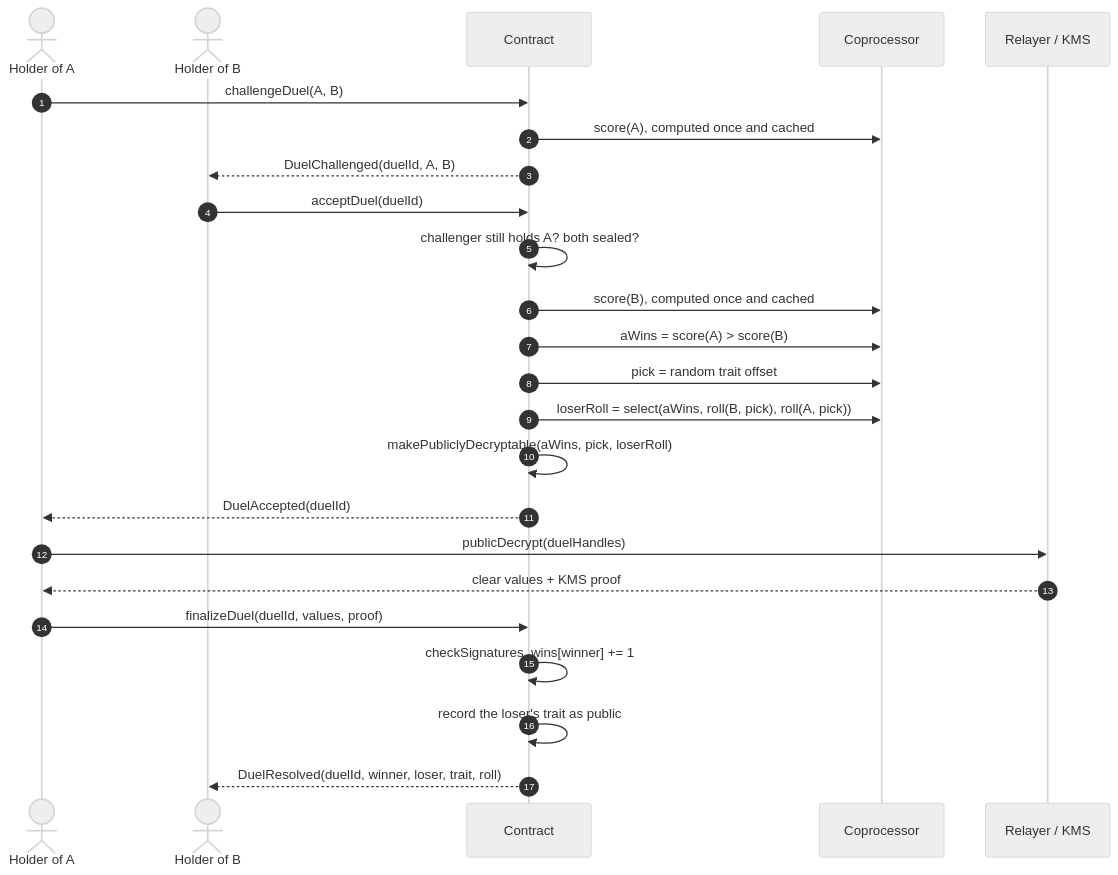
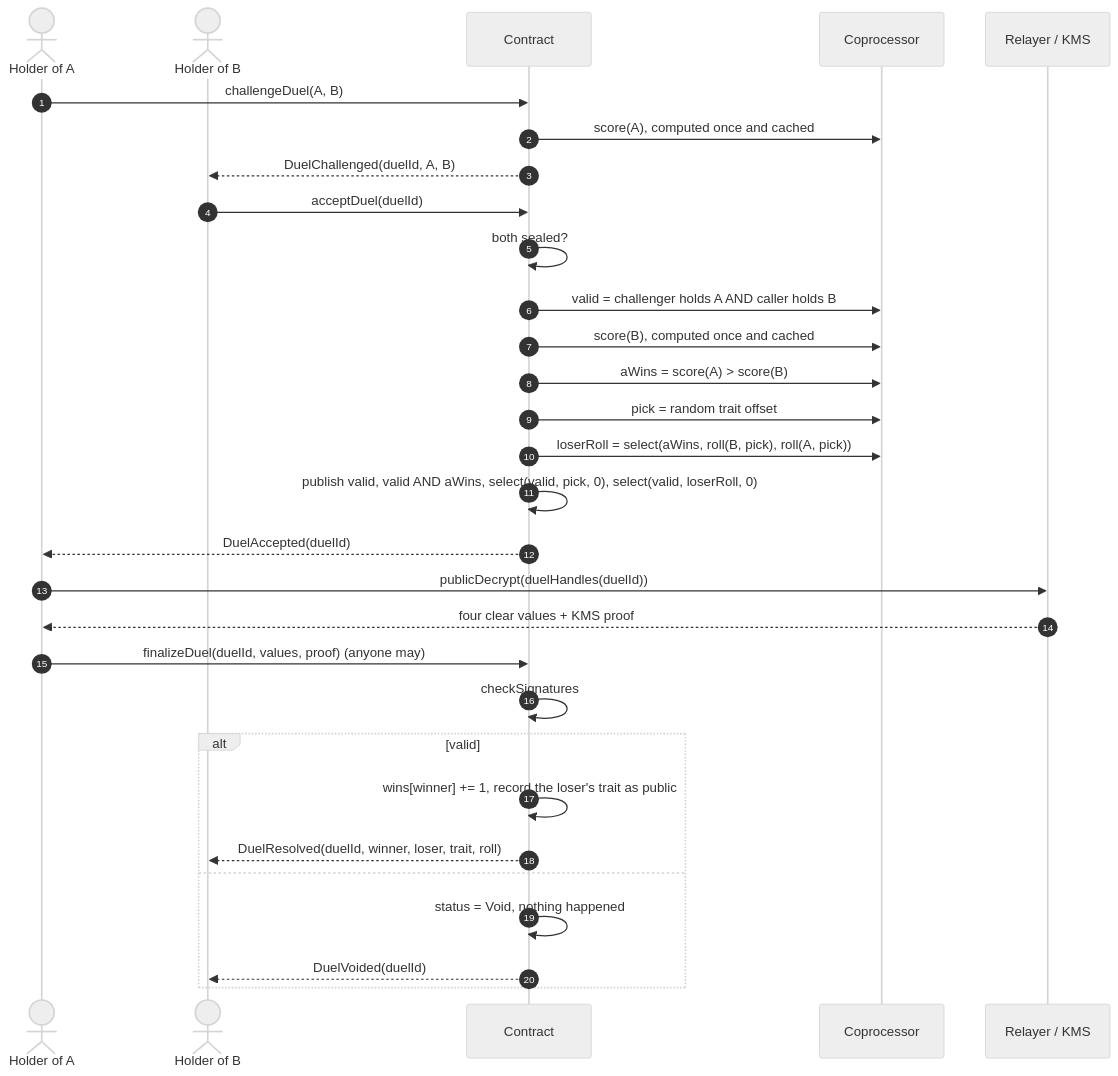
One commit to jecombe/do_not_open changed the ninth of 19 diagrams in docs/FLOWS.md. Above: the diagram before and after it, drawn with Mermaid (neutral theme). The commit also changed other lines of this file and 25 other files, not shown here.

````diff
--- a/docs/FLOWS.md
+++ b/docs/FLOWS.md
@@ -183,26 +272,32 @@
 ```mermaid
 sequenceDiagram
   autonumber
   actor A as Holder of A
   actor B as Holder of B
   participant C as Contract
   participant Co as Coprocessor
   participant R as Relayer / KMS
   A->>C: challengeDuel(A, B)
   C->>Co: score(A), computed once and cached
   C-->>B: DuelChallenged(duelId, A, B)
   B->>C: acceptDuel(duelId)
-  C->>C: challenger still holds A? both sealed?
+  C->>C: both sealed?
+  C->>Co: valid = challenger holds A AND caller holds B
   C->>Co: score(B), computed once and cached
   C->>Co: aWins = score(A) > score(B)
   C->>Co: pick = random trait offset
   C->>Co: loserRoll = select(aWins, roll(B, pick), roll(A, pick))
-  C->>C: makePubliclyDecryptable(aWins, pick, loserRoll)
+  C->>C: publish valid, valid AND aWins, select(valid, pick, 0), select(valid, loserRoll, 0)
   C-->>A: DuelAccepted(duelId)
-  A->>R: publicDecrypt(duelHandles)
-  R-->>A: clear values + KMS proof
-  A->>C: finalizeDuel(duelId, values, proof)
-  C->>C: checkSignatures, wins[winner] += 1
-  C->>C: record the loser's trait as public
-  C-->>B: DuelResolved(duelId, winner, loser, trait, roll)
+  A->>R: publicDecrypt(duelHandles(duelId))
+  R-->>A: four clear values + KMS proof
+  A->>C: finalizeDuel(duelId, values, proof) (anyone may)
+  C->>C: checkSignatures
+  alt valid
+    C->>C: wins[winner] += 1, record the loser's trait as public
+    C-->>B: DuelResolved(duelId, winner, loser, trait, roll)
+  else
+    C->>C: status = Void, nothing happened
+    C-->>B: DuelVoided(duelId)
+  end
 ```
````
